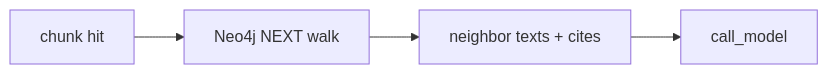
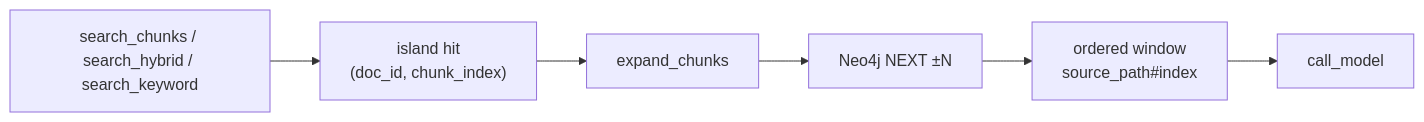
One commit to CharlotteYW/mini-claude-code changed the diagram in docs/milestones/M28-graph-neighbor-expand.md. Above: the diagram before and after it, drawn with Mermaid. The commit also changed other lines of this file and 11 other files, not shown here.

First line of the commit message:
Ship M28 graph-neighbor expand via Neo4j NEXT.

````diff
--- a/docs/milestones/M28-graph-neighbor-expand.md
+++ b/docs/milestones/M28-graph-neighbor-expand.md
@@ -30,6 +41,8 @@
 ```mermaid
 flowchart LR
-  Hit[chunk hit] --> Neo[Neo4j NEXT walk]
-  Neo --> Ctx[neighbor texts + cites]
+  Find["search_chunks / search_hybrid / search_keyword"] --> Hit["island hit\n(doc_id, chunk_index)"]
+  Hit --> Expand[expand_chunks]
+  Expand --> Neo["Neo4j NEXT ±N"]
+  Neo --> Ctx["ordered window\nsource_path#index"]
   Ctx --> Model[call_model]
 ```
````
